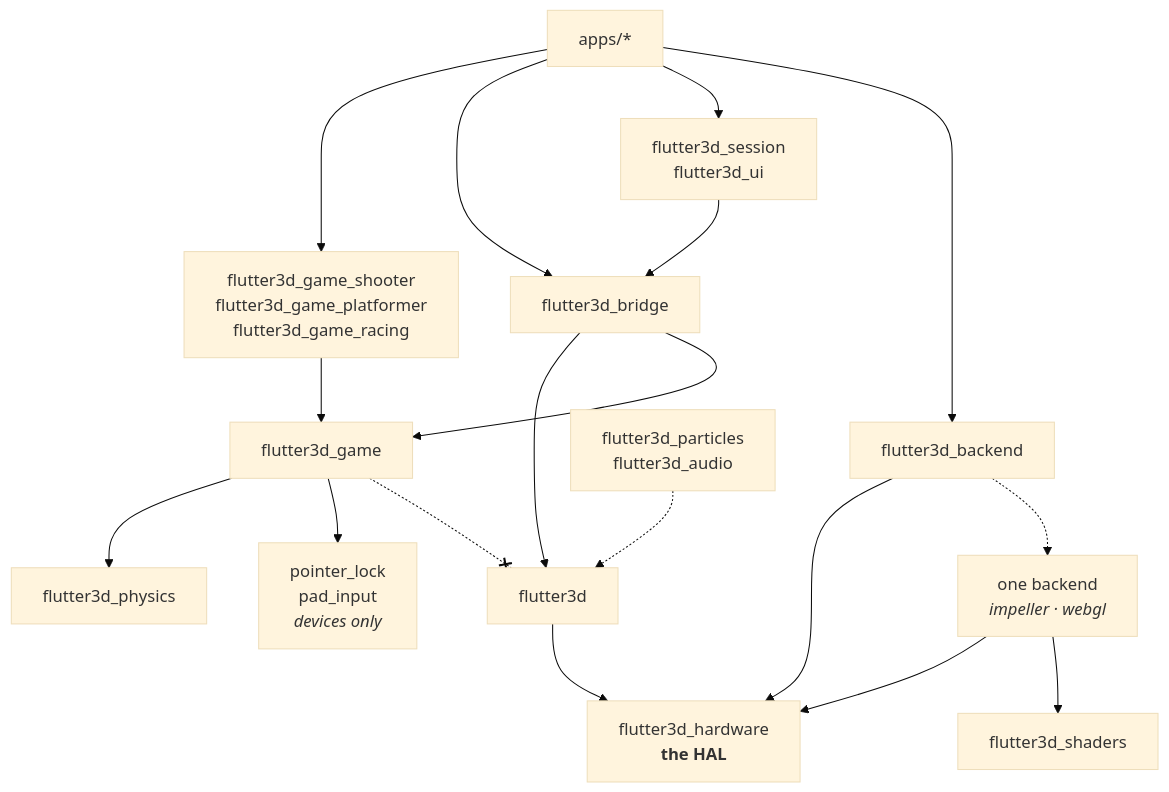
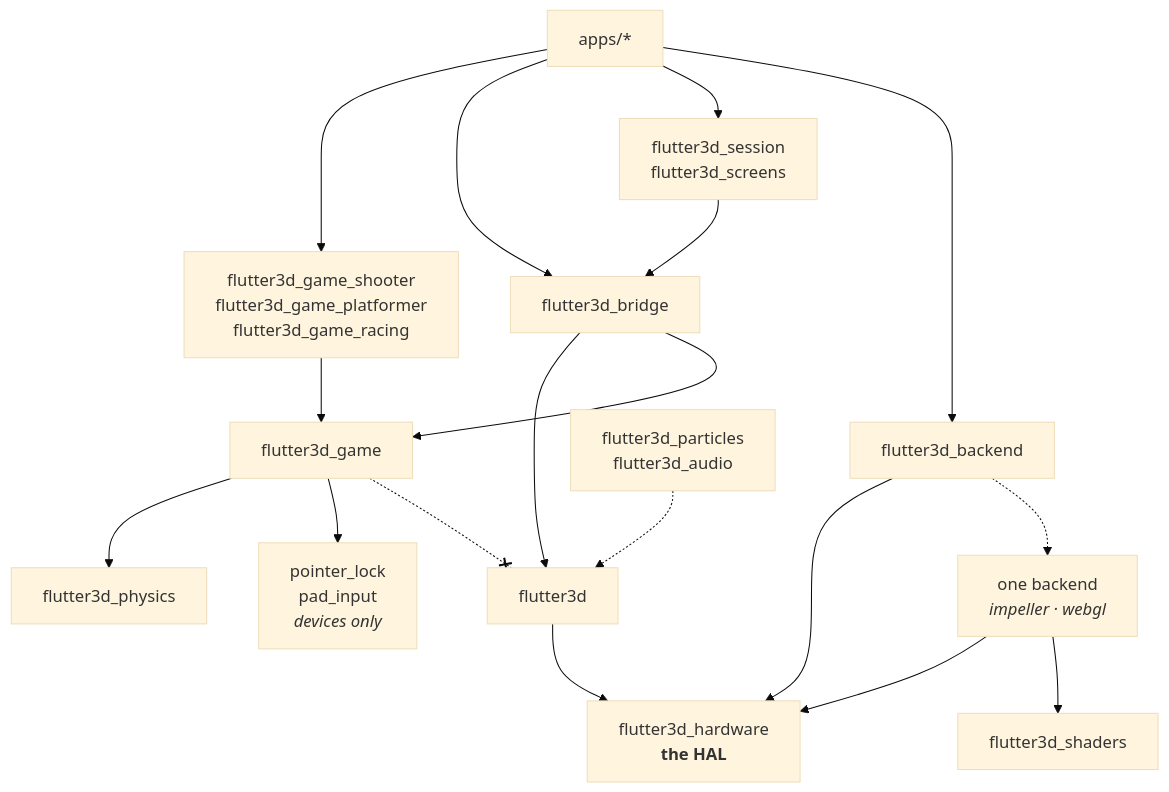
Before and after one commit to pleiondev/flutter3d: the diagram in site/content/reference/packages.md, drawn with Mermaid (base theme). The commit also changed other lines of this file and 89 other files, not shown here.

````diff
--- a/site/content/reference/packages.md
+++ b/site/content/reference/packages.md
@@ -200,22 +200,22 @@
 ```mermaid
 flowchart TB
   apps["apps/*"] --> genres["flutter3d_game_shooter<br>flutter3d_game_platformer<br>flutter3d_game_racing"]
   apps --> bridge["flutter3d_bridge"]
-  apps --> session["flutter3d_session<br>flutter3d_ui"]
+  apps --> session["flutter3d_session<br>flutter3d_screens"]
   apps --> picker["flutter3d_backend"]
   picker --> gfx["flutter3d_hardware<br><b>the HAL</b>"]
   picker -.-> onebackend["one backend<br><i>impeller · webgl</i>"]
   session --> bridge
   genres --> game["flutter3d_game"]
   bridge --> engine["flutter3d"]
   bridge --> game
   game --> physics["flutter3d_physics"]
   engine --> gfx
   onebackend --> gfx
   onebackend --> shaders["flutter3d_shaders"]
   extras["flutter3d_particles<br>flutter3d_audio"] -.-> engine
   game --> devices["pointer_lock<br>pad_input<br><i>devices only</i>"]
 
   classDef forbidden stroke-dasharray: 4 3
   game -.-x engine
 ```
````
